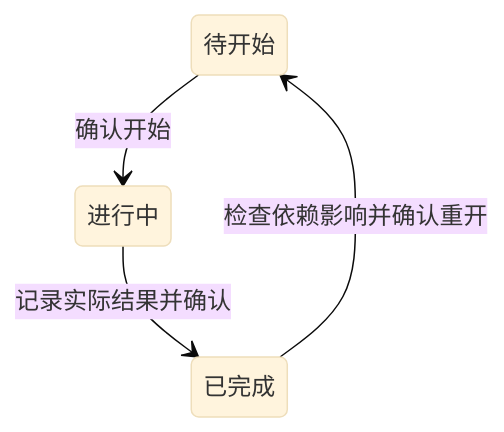
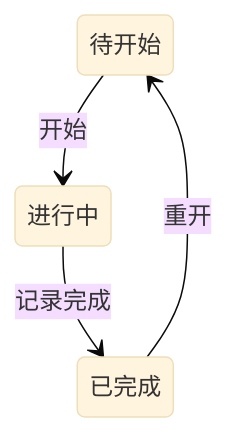
Before and after one commit to sakuyaShining/design-capability-lab: the diagram in applications/project-console/state-study/state-model.md, drawn with Mermaid (base theme). The commit also changed other lines of this file and 3 other files, not shown here.

````diff
--- a/applications/project-console/state-study/state-model.md
+++ b/applications/project-console/state-study/state-model.md
@@ -19,9 +32,9 @@
 ```mermaid
 stateDiagram-v2
   state "待开始" as Todo
   state "进行中" as Active
   state "已完成" as Done
-  Todo --> Active: 确认开始
-  Active --> Done: 记录实际结果并确认
-  Done --> Todo: 检查依赖影响并确认重开
+  Todo --> Active: 开始
+  Active --> Done: 记录完成
+  Done --> Todo: 重开
 ```
````
